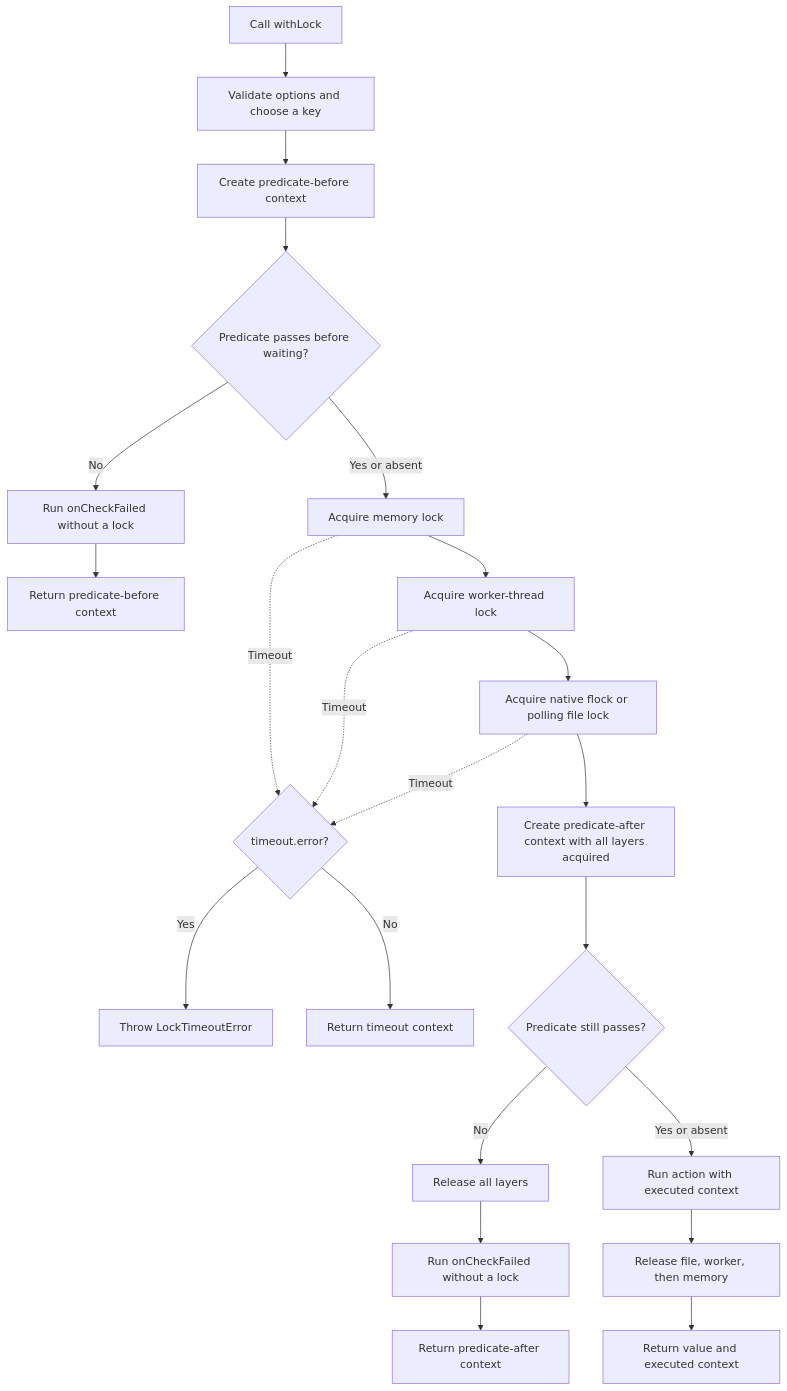
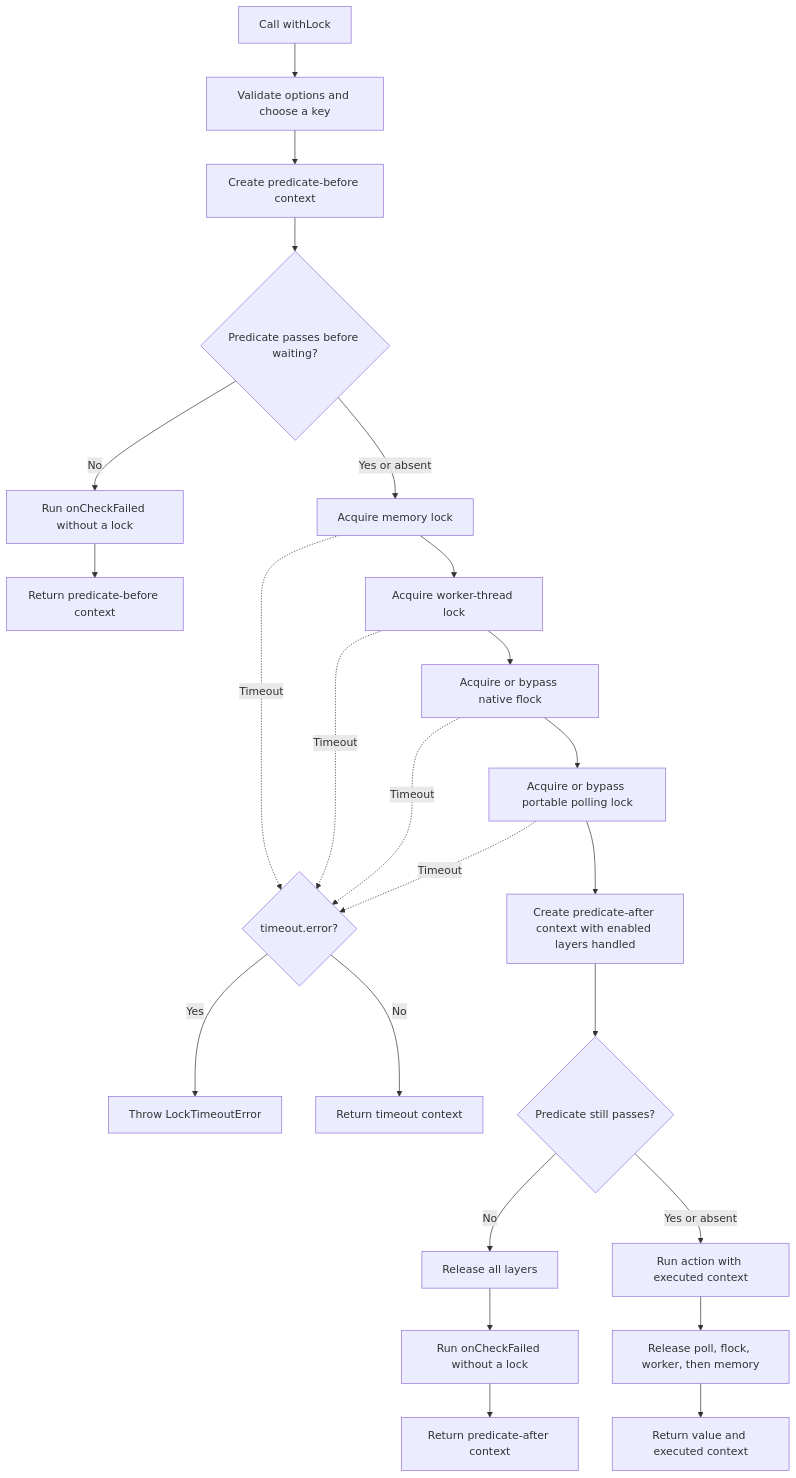
The second of 3 diagrams in README.md (regbo/lfp-common), drawn with Mermaid before and after one commit. The commit also changed other lines of this file and 9 other files, not shown here.

````diff
--- a/README.md
+++ b/README.md
@@ -105,24 +120,26 @@
 ```mermaid
 flowchart TD
     call["Call withLock"] --> options["Validate options and choose a key"]
     options --> checking["Create predicate-before context"]
     checking --> before{"Predicate passes before waiting?"}
     before -- "No" --> failedBefore["Run onCheckFailed without a lock"]
     failedBefore --> skippedBefore["Return predicate-before context"]
     before -- "Yes or absent" --> memory["Acquire memory lock"]
     memory --> worker["Acquire worker-thread lock"]
-    worker --> file["Acquire native flock or polling file lock"]
+    worker --> flock["Acquire or bypass native flock"]
+    flock --> poll["Acquire or bypass portable polling lock"]
     memory -. "Timeout" .-> timeout{"timeout.error?"}
     worker -. "Timeout" .-> timeout
-    file -. "Timeout" .-> timeout
+    flock -. "Timeout" .-> timeout
+    poll -. "Timeout" .-> timeout
     timeout -- "Yes" --> timeoutError["Throw LockTimeoutError"]
     timeout -- "No" --> timeoutResult["Return timeout context"]
-    file --> acquired["Create predicate-after context with all layers acquired"]
+    poll --> acquired["Create predicate-after context with enabled layers handled"]
     acquired --> after{"Predicate still passes?"}
     after -- "No" --> releaseFailed["Release all layers"]
     releaseFailed --> failedAfter["Run onCheckFailed without a lock"]
     failedAfter --> skippedAfter["Return predicate-after context"]
     after -- "Yes or absent" --> action["Run action with executed context"]
-    action --> release["Release file, worker, then memory"]
+    action --> release["Release poll, flock, worker, then memory"]
     release --> result["Return value and executed context"]
 ```
````
